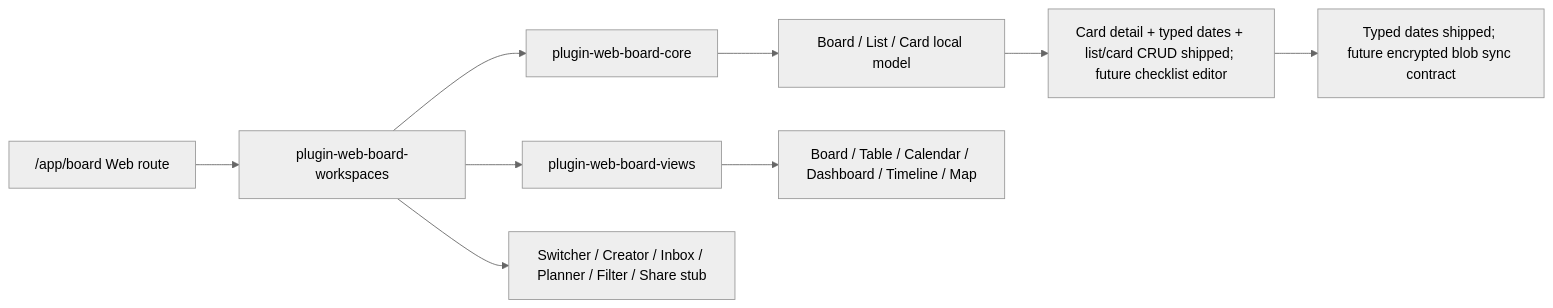
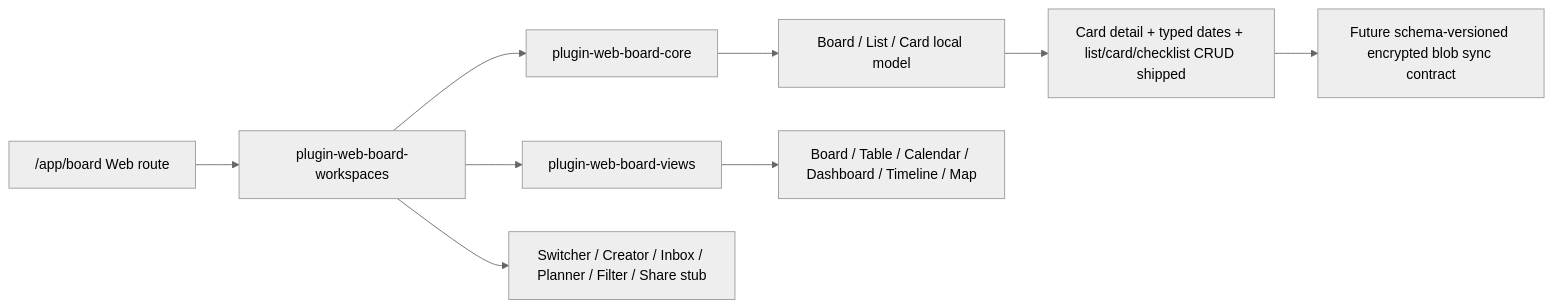
The diagram in docs/workflow/roadmap/xai-web-project-module.md (jinlong17/XAI_Desktop), drawn with Mermaid (neutral theme) before and after one commit. The commit also changed other lines of this file and 2 other files, not shown here.

Commit message:
docs(web-board-checklist-editor): mark shipped

````diff
--- a/docs/workflow/roadmap/xai-web-project-module.md
+++ b/docs/workflow/roadmap/xai-web-project-module.md
@@ -50,11 +50,11 @@
 ```mermaid
 flowchart LR
   A["/app/board Web route"] --> B["plugin-web-board-workspaces"]
   B --> C["plugin-web-board-core"]
   B --> D["plugin-web-board-views"]
   C --> E["Board / List / Card local model"]
   D --> F["Board / Table / Calendar / Dashboard / Timeline / Map"]
   B --> G["Switcher / Creator / Inbox / Planner / Filter / Share stub"]
-  E --> H["Card detail + typed dates + list/card CRUD shipped; future checklist editor"]
-  H --> I["Typed dates shipped; future encrypted blob sync contract"]
+  E --> H["Card detail + typed dates + list/card/checklist CRUD shipped"]
+  H --> I["Future schema-versioned encrypted blob sync contract"]
 ```
````
